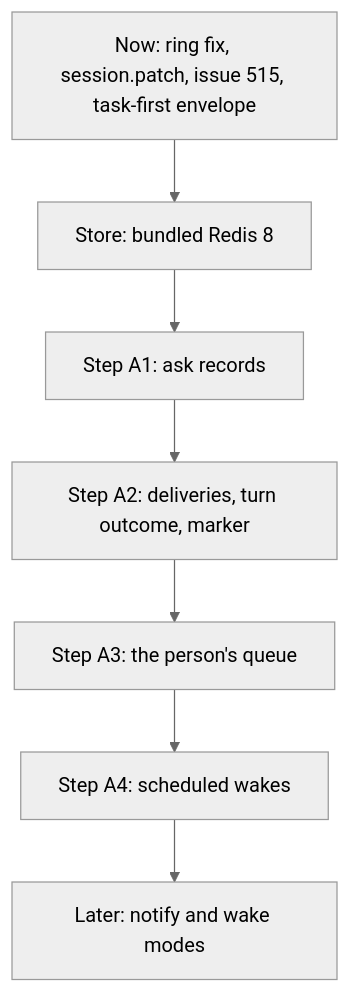
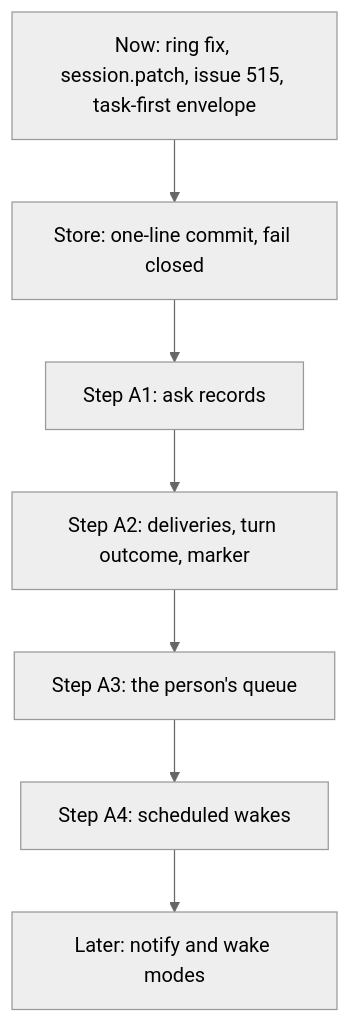
The eighth of 9 diagrams in designs/508/design.md (HJeon139/postbox), drawn with Mermaid (neutral theme) before and after one commit. The commit also changed other lines of this file and 5 other files, not shown here.

Commit message:
docs(508): recall the Redis decision; storage stays on JSON Lines with one-line commits

````diff
--- a/designs/508/design.md
+++ b/designs/508/design.md
@@ -623,11 +588,11 @@
 ```mermaid
 flowchart TD
   N["Now: ring fix, session.patch, issue 515, task-first envelope"]
-  S["Store: bundled Redis 8"]
+  S["Store: one-line commit, fail closed"]
   A1["Step A1: ask records"]
   A2["Step A2: deliveries, turn outcome, marker"]
   A3["Step A3: the person's queue"]
   A4["Step A4: scheduled wakes"]
   L["Later: notify and wake modes"]
   N --> S --> A1 --> A2 --> A3 --> A4 --> L
 ```
````
